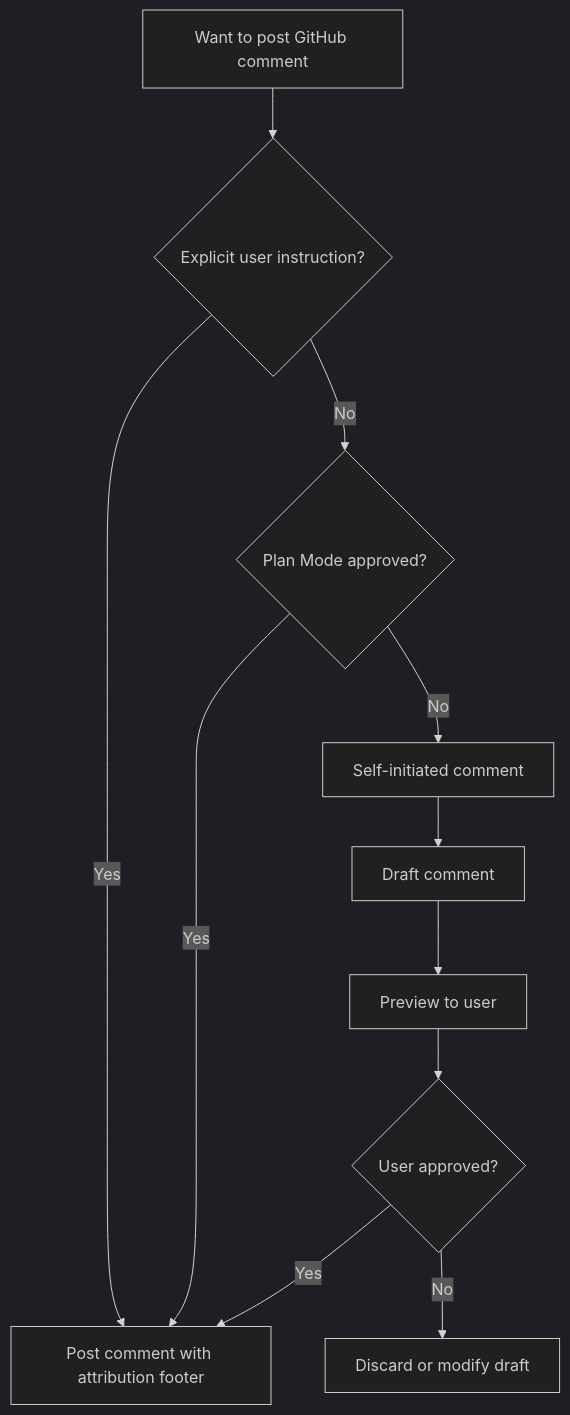
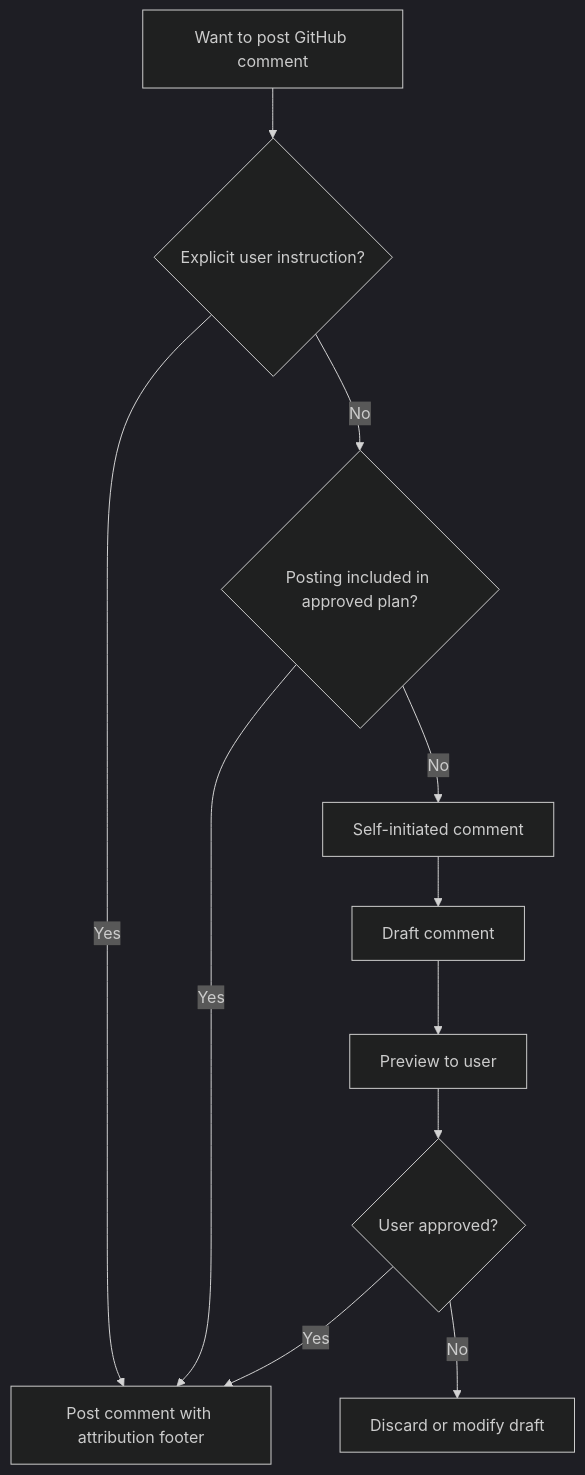
Before and after one commit to kent8192/reinhardt-cloud: the diagram in instructions/GITHUB_INTERACTION.md, drawn with Mermaid (dark theme). The commit also changed other lines of this file and 15 other files, not shown here.

````diff
--- a/instructions/GITHUB_INTERACTION.md
+++ b/instructions/GITHUB_INTERACTION.md
@@ -47,13 +53,13 @@
 ```mermaid
 flowchart TD
     A[Want to post GitHub comment] --> B{Explicit user instruction?}
     B -->|Yes| C[Post comment with attribution footer]
-    B -->|No| D{Plan Mode approved?}
+    B -->|No| D{Posting included in approved plan?}
     D -->|Yes| C
     D -->|No| E[Self-initiated comment]
     E --> F[Draft comment]
     F --> G[Preview to user]
     G --> H{User approved?}
     H -->|Yes| C
     H -->|No| I[Discard or modify draft]
 ```
````
